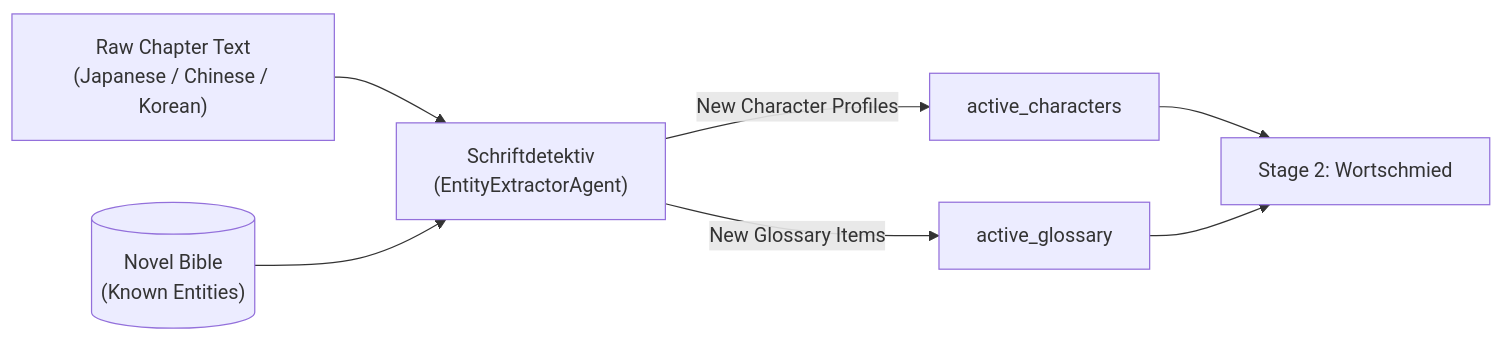
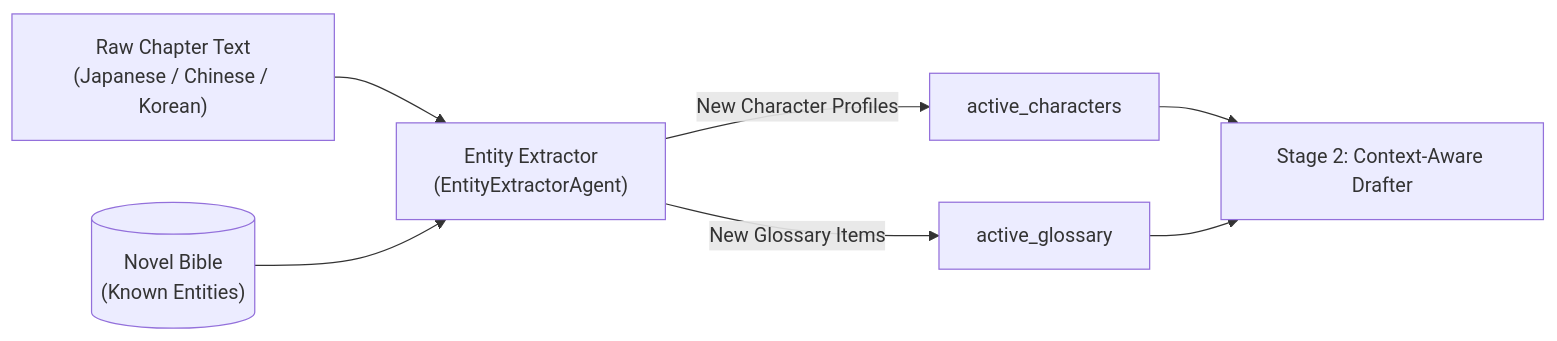
The diagram in doc/agents/01_entity_extractor.md (Checkmartyr/NouSetsu), drawn with Mermaid before and after one commit. The commit also changed other lines of this file and 29 other files, not shown here.

````diff
--- a/doc/agents/01_entity_extractor.md
+++ b/doc/agents/01_entity_extractor.md
@@ -17,9 +17,9 @@
 ```mermaid
 graph LR
-    RAW["Raw Chapter Text<br>(Japanese / Chinese / Korean)"] --> EXT["Schriftdetektiv<br>(EntityExtractorAgent)"]
+    RAW["Raw Chapter Text<br>(Japanese / Chinese / Korean)"] --> EXT["Entity Extractor<br>(EntityExtractorAgent)"]
     BIBLE_IN[("Novel Bible<br>(Known Entities)")] --> EXT
     EXT -->|"New Character Profiles"| CHARS["active_characters"]
     EXT -->|"New Glossary Items"| GLOSS["active_glossary"]
-    CHARS --> DRAFT["Stage 2: Wortschmied"]
+    CHARS --> DRAFT["Stage 2: Context-Aware Drafter"]
     GLOSS --> DRAFT
 ```
````
